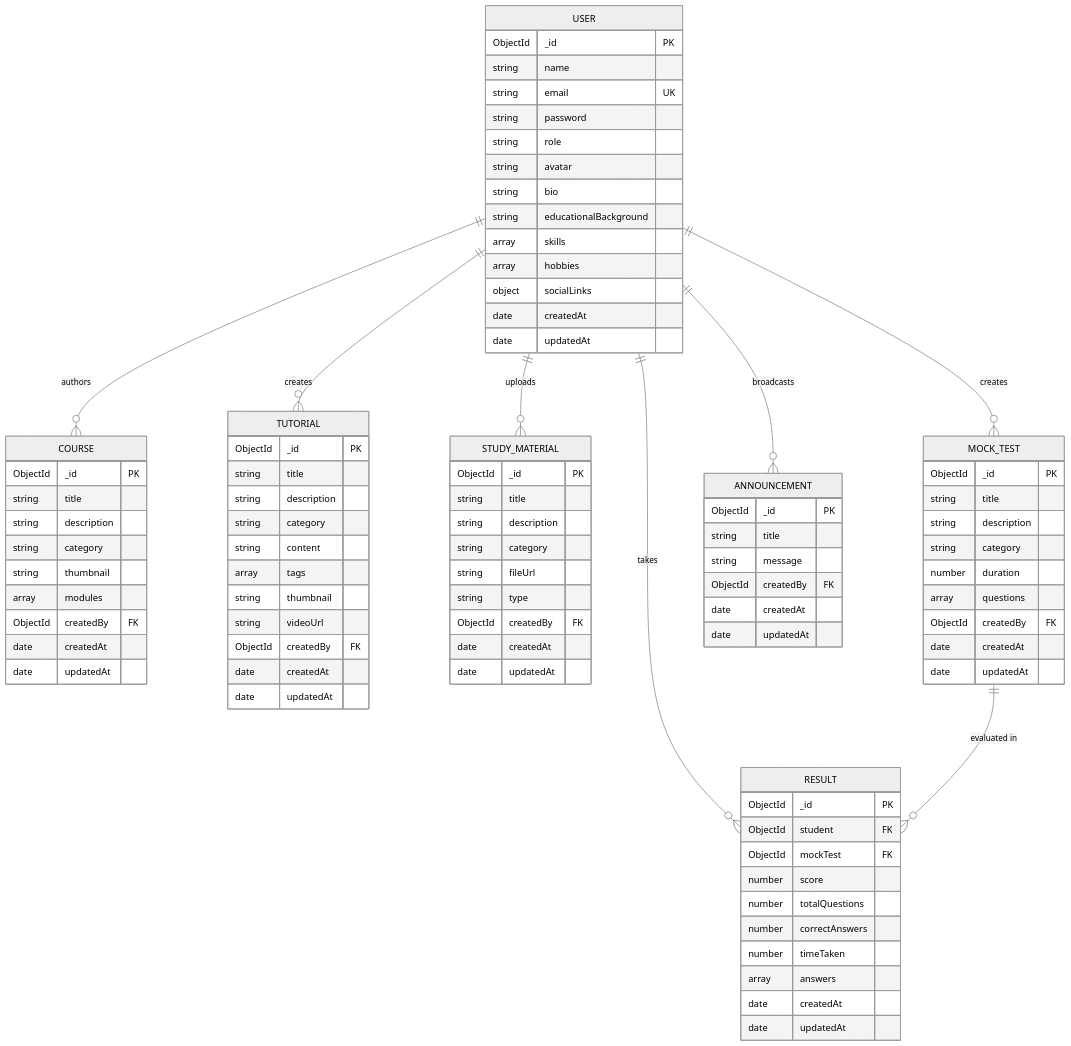
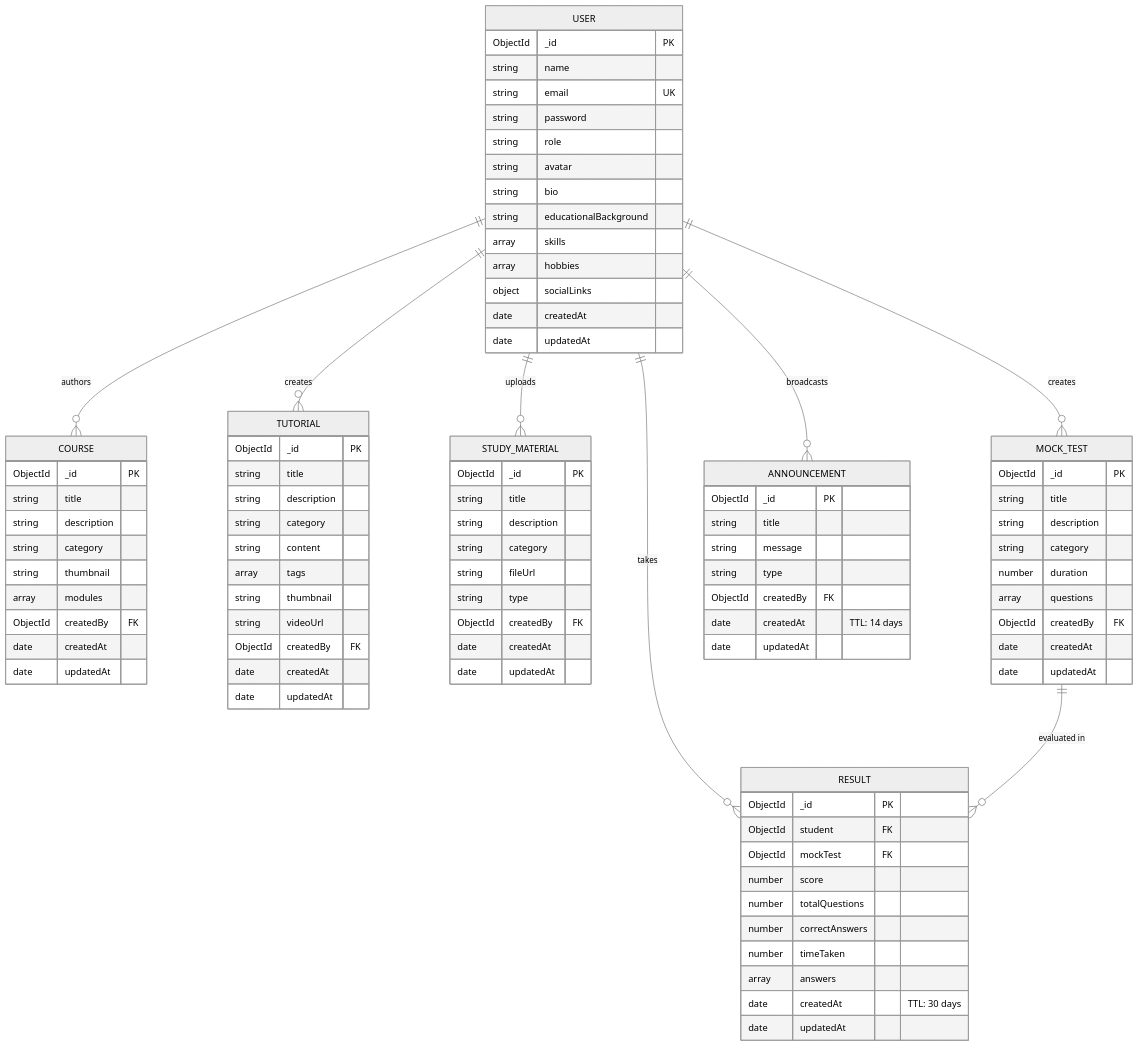
The diagram in docs/database.md (Sairitik008/LMS-cloud-sai), drawn with Mermaid (neutral theme) before and after one commit. The commit also changed other lines of this file and 6 other files, not shown here.

````diff
--- a/docs/database.md
+++ b/docs/database.md
@@ -91,7 +91,7 @@
         number correctAnswers
         number timeTaken
         array answers
-        date createdAt
+        date createdAt "TTL: 30 days"
         date updatedAt
     }
 
@@ -99,8 +99,9 @@
         ObjectId _id PK
         string title
         string message
+        string type
         ObjectId createdBy FK
-        date createdAt
+        date createdAt "TTL: 14 days"
         date updatedAt
     }
 ```
````
